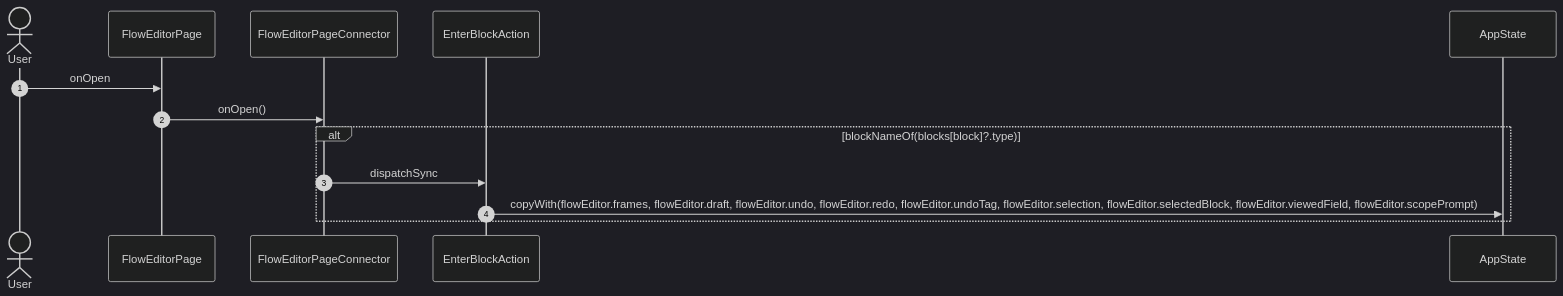
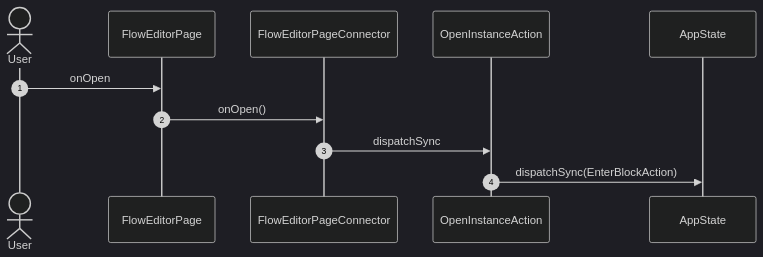
One commit to gencto/wyrm changed the tenth of 42 diagrams in studio/docs/flows/flowEditor.md. Above: the diagram before and after it, drawn with Mermaid (dark theme). The commit also changed other lines of this file and 49 other files, not shown here.

````diff
--- a/studio/docs/flows/flowEditor.md
+++ b/studio/docs/flows/flowEditor.md
@@ -208,16 +188,14 @@
 ```mermaid
 sequenceDiagram
     autonumber
     actor User
     participant UI as FlowEditorPage
     participant VM as FlowEditorPageConnector
-    participant A1 as EnterBlockAction
+    participant A1 as OpenInstanceAction
     participant ST as AppState
 
     User->>UI: onOpen
     UI->>VM: onOpen()
-    alt blockNameOf(blocks[block]?.type)
-        VM->>A1: dispatchSync
-        A1->>ST: copyWith(flowEditor.frames, flowEditor.draft, flowEditor.undo, flowEditor.redo, flowEditor.undoTag, flowEditor.selection, flowEditor.selectedBlock, flowEditor.viewedField, flowEditor.scopePrompt)
-    end
+    VM->>A1: dispatchSync
+    A1->>ST: dispatchSync(EnterBlockAction)
 ```
````
